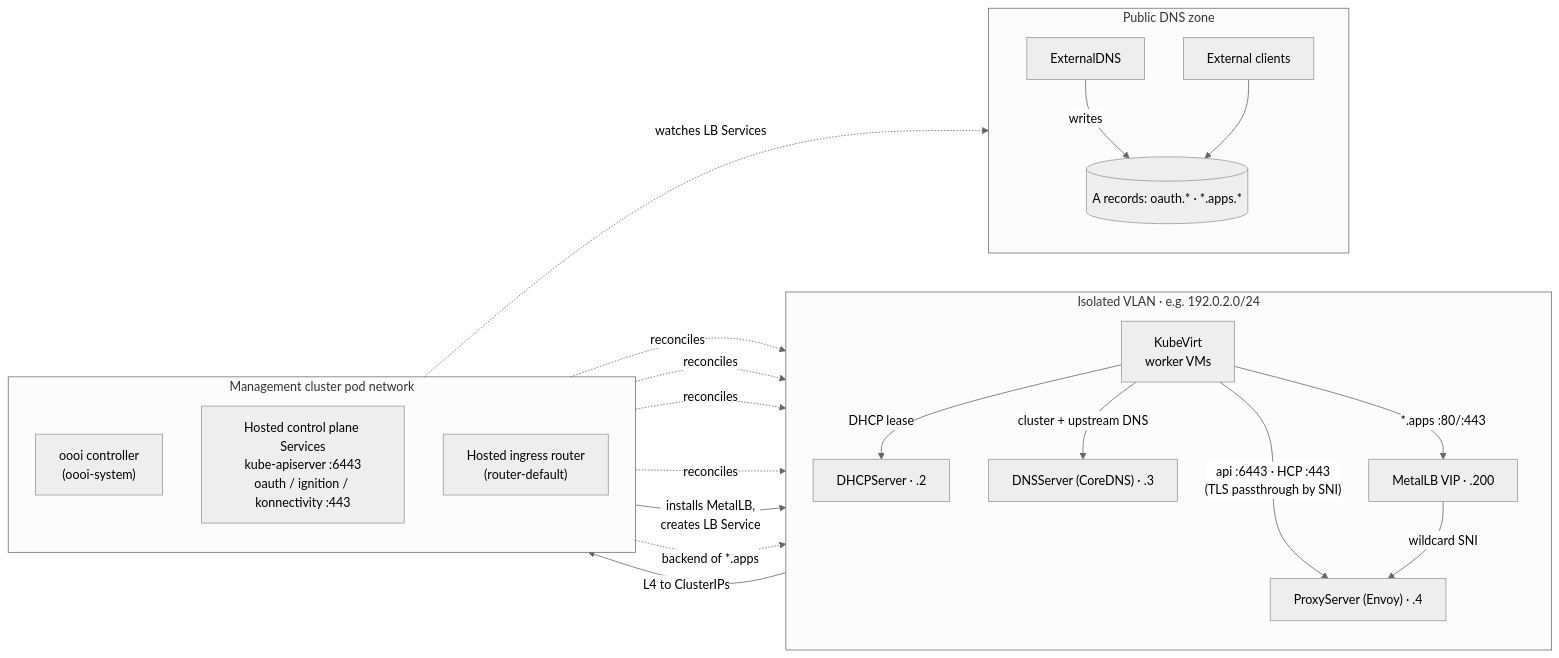
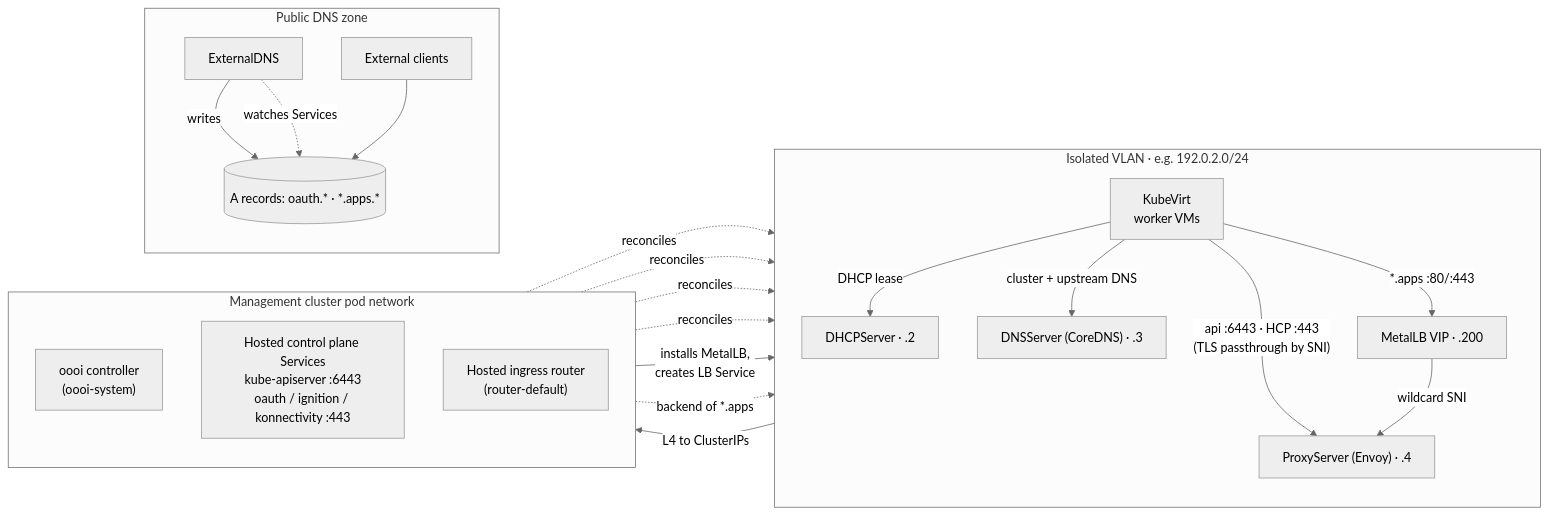
The first of 3 diagrams in website/docs/architecture.md (cldmnky/oooi), drawn with Mermaid (neutral theme) before and after one commit. The commit also changed other lines of this file and 70 other files, not shown here.

````diff
--- a/website/docs/architecture.md
+++ b/website/docs/architecture.md
@@ -25,35 +25,35 @@
 ```mermaid
 flowchart LR
     subgraph vlan["Isolated VLAN  ·  e.g. 192.0.2.0/24"]
         direction TB
         W["KubeVirt<br/>worker VMs"]
         DHCP["DHCPServer · .2"]
         DNS["DNSServer (CoreDNS) · .3"]
         PRX["ProxyServer (Envoy) · .4"]
         VIP["MetalLB VIP · .200"]
         W -->|DHCP lease| DHCP
         W -->|cluster + upstream DNS| DNS
         W -->|"api :6443 · HCP :443<br/>(TLS passthrough by SNI)"| PRX
         W -->|"*.apps :80/:443"| VIP
         VIP -->|wildcard SNI| PRX
     end
     subgraph mgmt["Management cluster pod network"]
         direction TB
         OPS["oooi controller<br/>(oooi-system)"]
         HCP["Hosted control plane Services<br/>kube-apiserver :6443<br/>oauth / ignition / konnectivity :443"]
         ING["Hosted ingress router<br/>(router-default)"]
     end
     subgraph pub["Public DNS zone"]
         direction TB
         EDNS["ExternalDNS"]
         ZONE[("A records: oauth.* · *.apps.*")]
         CLI["External clients"]
         EDNS -->|writes| ZONE
         CLI --> ZONE
     end
     OPS -.->|reconciles| W & DHCP & DNS & PRX
     OPS -->|"installs MetalLB,<br/>creates LB Service"| VIP
     PRX -->|L4 to ClusterIPs| HCP
     ING -.->|backend of *.apps| VIP
-    OPS -.->|watches LB Services| EDNS
+    EDNS -.->|watches Services| ZONE
 ```
````
